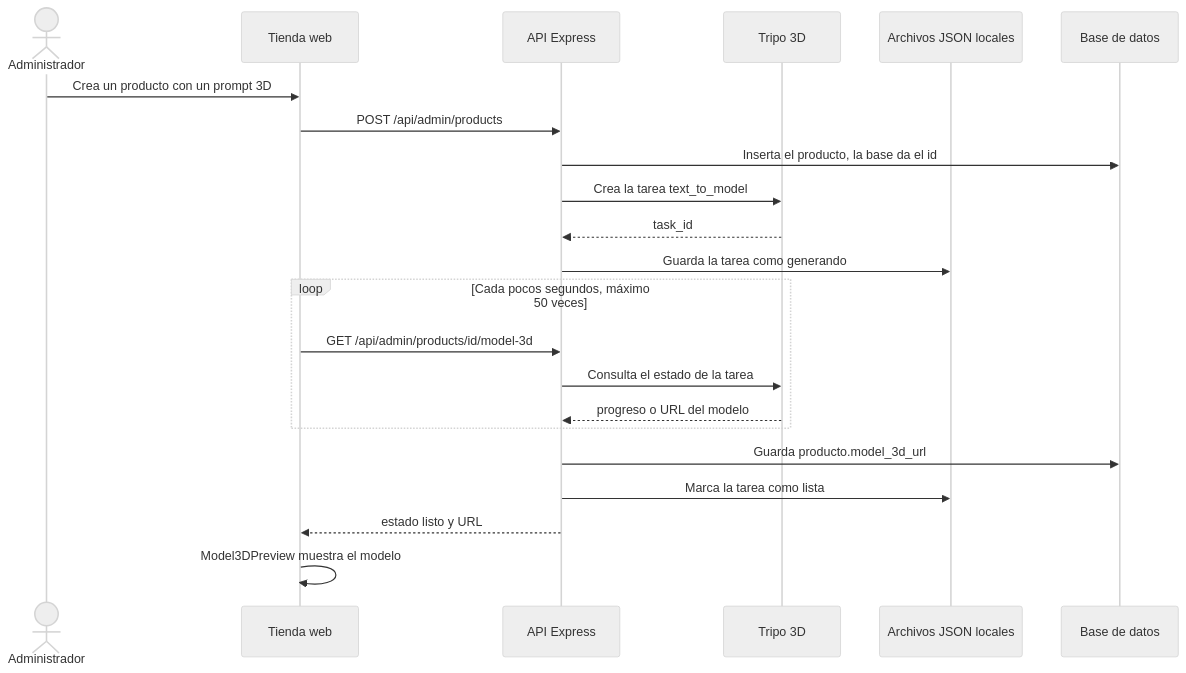
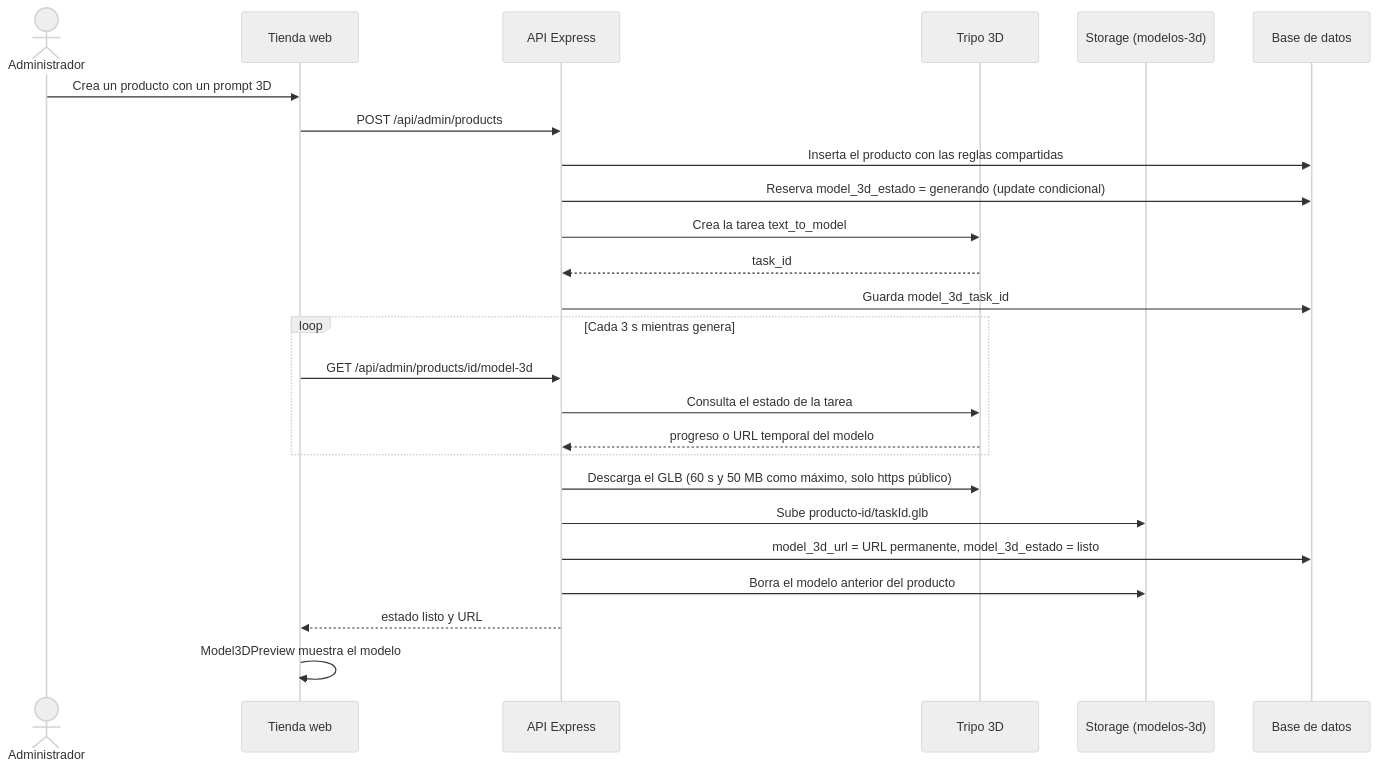
Before and after one commit to cristian-0023/SUPER-GELATTO: the ninth of 12 diagrams in docs/arquitectura/08-flujos.md, drawn with Mermaid (neutral theme). The commit also changed other lines of this file and 9 other files, not shown here.

Commit message:
docs: arquitectura 01 a 08, README raíz y enlaces al día con main después del PR #25

````diff
--- a/docs/arquitectura/08-flujos.md
+++ b/docs/arquitectura/08-flujos.md
@@ -202,24 +224,27 @@
 ```mermaid
 sequenceDiagram
   actor A as Administrador
   participant W as Tienda web
   participant API as API Express
   participant T as Tripo 3D
-  participant JS as Archivos JSON locales
+  participant S as Storage (modelos-3d)
   participant DB as Base de datos
   A->>W: Crea un producto con un prompt 3D
   W->>API: POST /api/admin/products
-  API->>DB: Inserta el producto, la base da el id
+  API->>DB: Inserta el producto con las reglas compartidas
+  API->>DB: Reserva model_3d_estado = generando (update condicional)
   API->>T: Crea la tarea text_to_model
   T-->>API: task_id
-  API->>JS: Guarda la tarea como generando
-  loop Cada pocos segundos, máximo 50 veces
+  API->>DB: Guarda model_3d_task_id
+  loop Cada 3 s mientras genera
     W->>API: GET /api/admin/products/id/model-3d
     API->>T: Consulta el estado de la tarea
-    T-->>API: progreso o URL del modelo
+    T-->>API: progreso o URL temporal del modelo
   end
-  API->>DB: Guarda producto.model_3d_url
-  API->>JS: Marca la tarea como lista
+  API->>T: Descarga el GLB (60 s y 50 MB como máximo, solo https público)
+  API->>S: Sube producto-id/taskId.glb
+  API->>DB: model_3d_url = URL permanente, model_3d_estado = listo
+  API->>S: Borra el modelo anterior del producto
   API-->>W: estado listo y URL
   W->>W: Model3DPreview muestra el modelo
 ```
````
